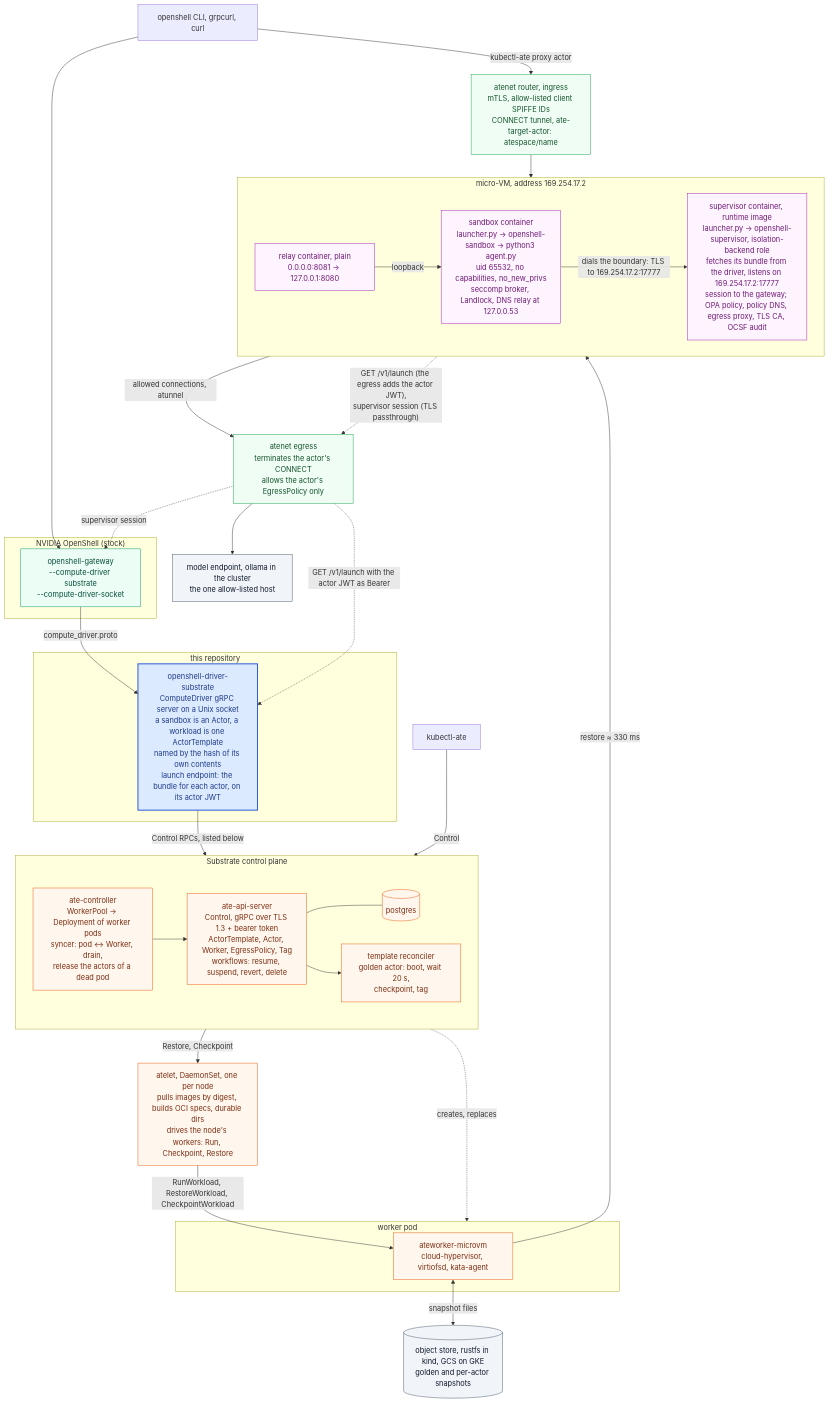
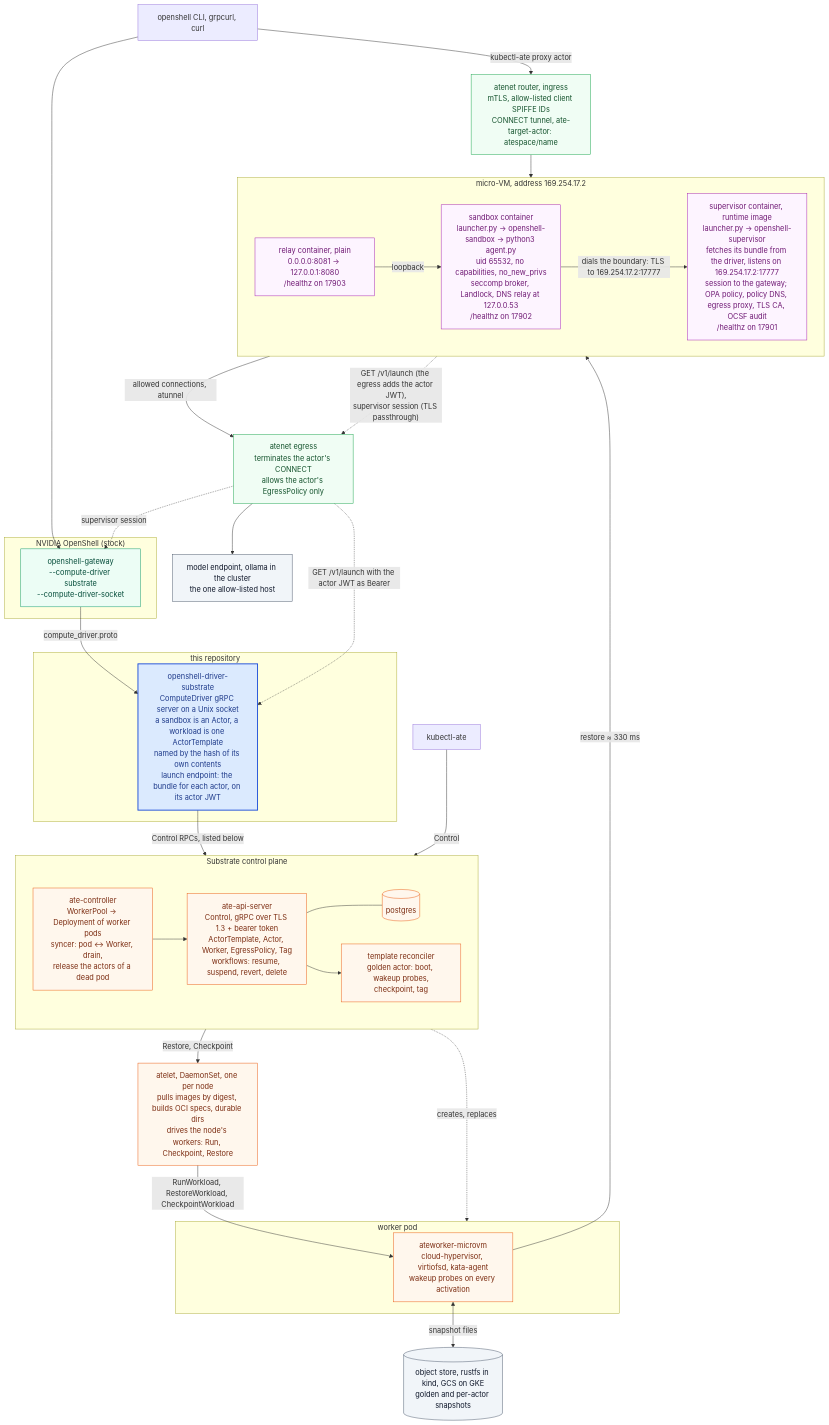
The first of 8 diagrams in docs/architecture.md (dims/openshell-driver-substrate), drawn with Mermaid before and after one commit. The commit also changed other lines of this file and 3 other files, not shown here.

First line of the commit message:
docs: wakeup probes, the uid binding and the re-suspend in every diagram

````diff
--- a/docs/architecture.md
+++ b/docs/architecture.md
@@ -25,76 +25,76 @@
 ```mermaid
 flowchart TB
   classDef stock fill:#ecfdf5,stroke:#059669,color:#064e3b
   classDef ours fill:#dbeafe,stroke:#1d4ed8,color:#1e3a8a,stroke-width:2px
   classDef sub fill:#fff7ed,stroke:#ea580c,color:#7c2d12
   classDef guest fill:#fdf4ff,stroke:#a21caf,color:#701a75
   classDef store fill:#f1f5f9,stroke:#475569,color:#0f172a
   classDef edge fill:#f0fdf4,stroke:#16a34a,color:#14532d
 
   cli["openshell CLI, grpcurl, curl"]
   kate["kubectl-ate"]
 
   subgraph openshell["NVIDIA OpenShell (stock)"]
     gw["openshell-gateway<br/>--compute-driver substrate<br/>--compute-driver-socket"]
   end
 
   subgraph repo["this repository"]
     driver["openshell-driver-substrate<br/>ComputeDriver gRPC server on a Unix socket<br/>a sandbox is an Actor, a workload is one ActorTemplate<br/>named by the hash of its own contents<br/>launch endpoint: the bundle for each actor, on its actor JWT"]
   end
 
   subgraph substrate["Substrate control plane"]
     direction LR
     ctl["ate-controller<br/>WorkerPool → Deployment of worker pods<br/>syncer: pod ↔ Worker, drain,<br/>release the actors of a dead pod"]
     api["ate-api-server<br/>Control, gRPC over TLS 1.3 + bearer token<br/>ActorTemplate, Actor, Worker, EgressPolicy, Tag<br/>workflows: resume, suspend, revert, delete"]
     pg[("postgres")]
-    recon["template reconciler<br/>golden actor: boot, wait 20 s,<br/>checkpoint, tag"]
+    recon["template reconciler<br/>golden actor: boot, wakeup probes,<br/>checkpoint, tag"]
     ctl --> api
     api --- pg
     api --> recon
   end
 
   router["atenet router, ingress<br/>mTLS, allow-listed client SPIFFE IDs<br/>CONNECT tunnel, ate-target-actor: atespace/name"]
 
   atelet["atelet, DaemonSet, one per node<br/>pulls images by digest, builds OCI specs, durable dirs<br/>drives the node's workers: Run, Checkpoint, Restore"]
 
   subgraph pod["worker pod"]
-    ateom["ateworker-microvm<br/>cloud-hypervisor, virtiofsd, kata-agent"]
+    ateom["ateworker-microvm<br/>cloud-hypervisor, virtiofsd, kata-agent<br/>wakeup probes on every activation"]
   end
 
   subgraph vm["micro-VM, address 169.254.17.2"]
     direction LR
-    relay["relay container, plain<br/>0.0.0.0:8081 → 127.0.0.1:8080"]
-    sbx["sandbox container<br/>launcher.py → openshell-sandbox → python3 agent.py<br/>uid 65532, no capabilities, no_new_privs<br/>seccomp broker, Landlock, DNS relay at 127.0.0.53"]
-    sup["supervisor container, runtime image<br/>launcher.py → openshell-supervisor, isolation-backend role<br/>fetches its bundle from the driver, listens on 169.254.17.2:17777<br/>session to the gateway; OPA policy, policy DNS, egress proxy, TLS CA, OCSF audit"]
+    relay["relay container, plain<br/>0.0.0.0:8081 → 127.0.0.1:8080<br/>/healthz on 17903"]
+    sbx["sandbox container<br/>launcher.py → openshell-sandbox → python3 agent.py<br/>uid 65532, no capabilities, no_new_privs<br/>seccomp broker, Landlock, DNS relay at 127.0.0.53<br/>/healthz on 17902"]
+    sup["supervisor container, runtime image<br/>launcher.py → openshell-supervisor<br/>fetches its bundle from the driver, listens on 169.254.17.2:17777<br/>session to the gateway; OPA policy, policy DNS, egress proxy, TLS CA, OCSF audit<br/>/healthz on 17901"]
     relay -- "loopback" --> sbx
     sbx -- "dials the boundary: TLS to 169.254.17.2:17777" --> sup
   end
 
   store[("object store, rustfs in kind, GCS on GKE<br/>golden and per-actor snapshots")]
   egress["atenet egress<br/>terminates the actor's CONNECT<br/>allows the actor's EgressPolicy only"]
   model["model endpoint, ollama in the cluster<br/>the one allow-listed host"]
 
   cli --> gw
   gw -- "compute_driver.proto" --> driver
   driver -- "Control RPCs, listed below" --> api
   kate -- "Control" --> api
   api -- "Restore, Checkpoint" --> atelet
   ctl -. "creates, replaces" .-> pod
   atelet -- "RunWorkload, RestoreWorkload, CheckpointWorkload" --> ateom
   ateom -- "restore ≈ 330 ms" --> sbx
   ateom <-- "snapshot files" --> store
   cli -- "kubectl-ate proxy actor" --> router
   router --> relay
   sup -- "allowed connections, atunnel" --> egress
   egress --> model
   sup -. "GET /v1/launch (the egress adds the actor JWT),<br/>supervisor session (TLS passthrough)" .-> egress
   egress -. "GET /v1/launch with the actor JWT as Bearer" .-> driver
   egress -. "supervisor session" .-> gw
 
   class gw stock
   class driver ours
   class api,pg,recon,ctl,atelet,ateom sub
   class router,egress edge
   class sbx,sup,relay guest
   class store,model store
 ```
````
